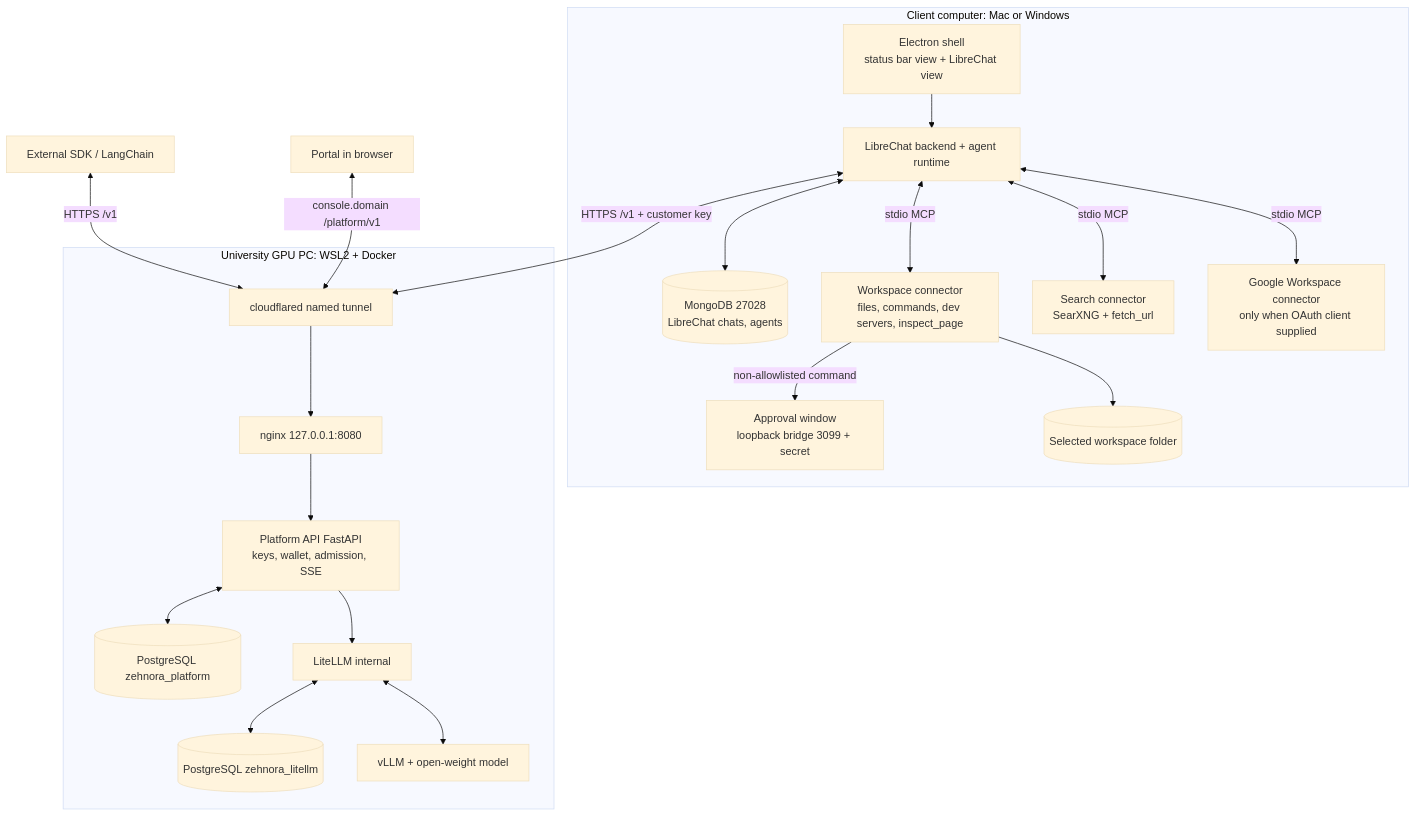
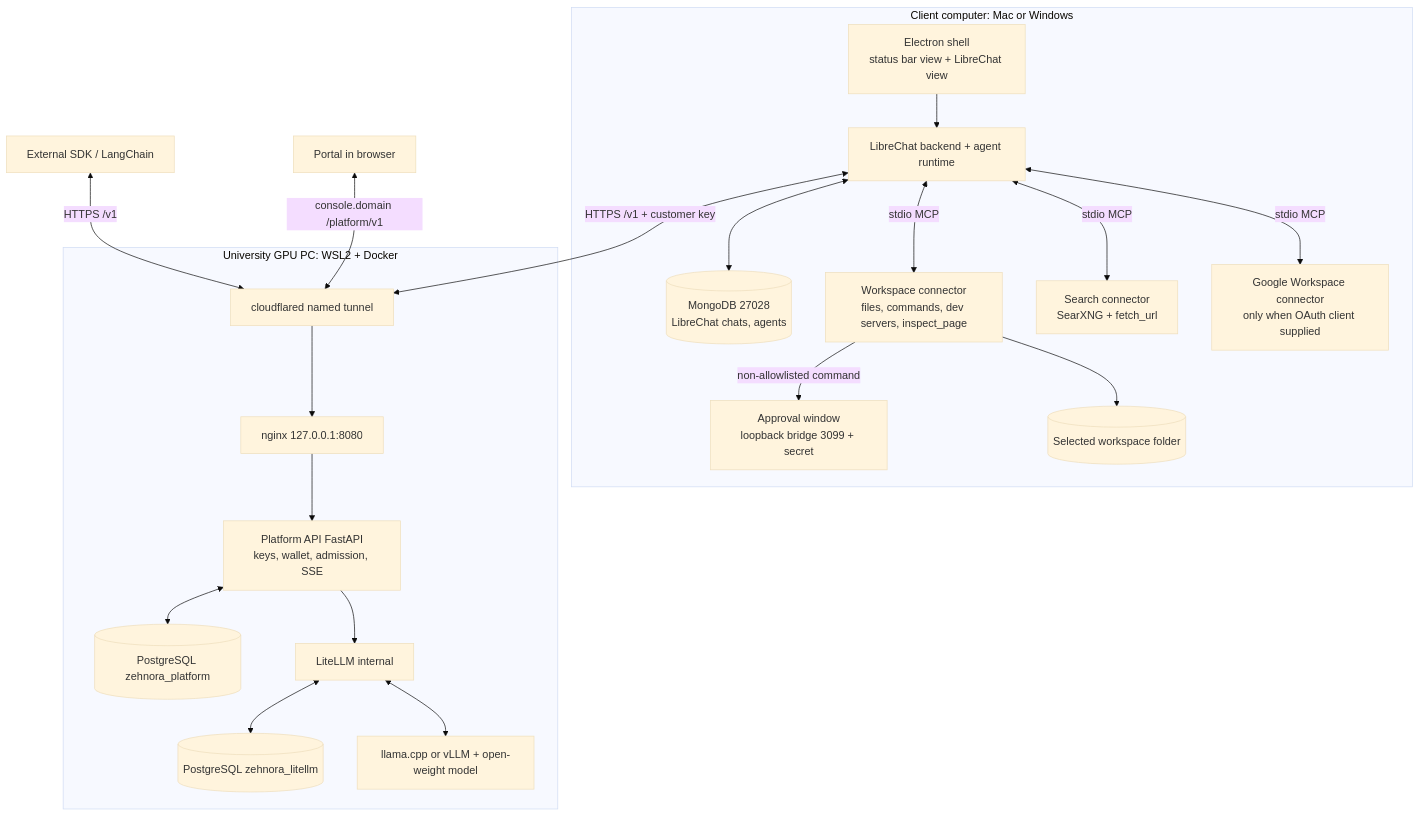
The diagram in zehnora/docs/ARCHITECTURE.md (Inshal-Amir/Zehnora), drawn with Mermaid (base theme) before and after one commit. The commit also changed other lines of this file and 24 other files, not shown here.

First line of the commit message:
Server: default to Qwen3.6-35B-A3B on llama.cpp, keep vLLM as an option

````diff
--- a/zehnora/docs/ARCHITECTURE.md
+++ b/zehnora/docs/ARCHITECTURE.md
@@ -8,23 +8,23 @@
 ```mermaid
 flowchart TD
     subgraph Client[Client computer: Mac or Windows]
         E[Electron shell<br/>status bar view + LibreChat view] --> L[LibreChat backend + agent runtime]
         L <--> M[(MongoDB 27028<br/>LibreChat chats, agents)]
         L <-->|stdio MCP| W[Workspace connector<br/>files, commands, dev servers, inspect_page]
         L <-->|stdio MCP| S[Search connector<br/>SearXNG + fetch_url]
         L <-->|stdio MCP| G[Google Workspace connector<br/>only when OAuth client supplied]
         W -->|non-allowlisted command| A[Approval window<br/>loopback bridge 3099 + secret]
         W --> WS[(Selected workspace folder)]
     end
     subgraph Server[University GPU PC: WSL2 + Docker]
         R[nginx 127.0.0.1:8080] --> P[Platform API FastAPI<br/>keys, wallet, admission, SSE]
         T[cloudflared named tunnel] --> R
         P <--> D[(PostgreSQL zehnora_platform)]
         P --> K[LiteLLM internal]
         K <--> Q[(PostgreSQL zehnora_litellm)]
-        K <--> V[vLLM + open-weight model]
+        K <--> V[llama.cpp or vLLM + open-weight model]
     end
     L <-->|HTTPS /v1 + customer key| T
     U[External SDK / LangChain] <-->|HTTPS /v1| T
     B[Portal in browser] <-->|console.domain /platform/v1| T
 ```
````
